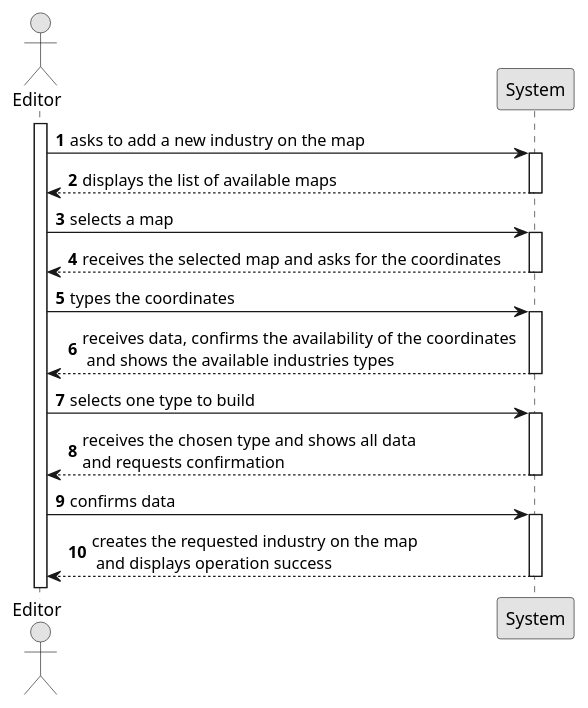
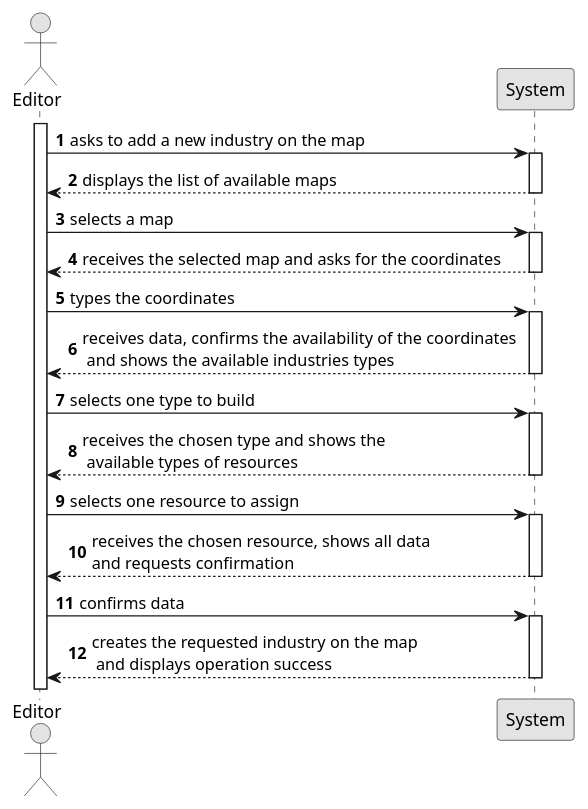
One commit to 1240935/pi2-railway-simulator changed the diagram in Sprint2/US002/01.requirements-engineering/puml/US002-SSD.puml. Above: the diagram before and after it, drawn with PlantUML. The commit also changed 4 other files, not shown here.

```diff
--- a/Sprint2/US002/01.requirements-engineering/puml/US002-SSD.puml
+++ b/Sprint2/US002/01.requirements-engineering/puml/US002-SSD.puml
@@ -1,42 +1,48 @@
 @startuml
 skinparam monochrome true
 skinparam packageStyle rectangle
 skinparam shadowing false
 
 autonumber
 
 actor "Editor" as Employee
 participant "System" as System
 
 activate Employee
 
     Employee -> System : asks to add a new industry on the map
     activate System
 
         System --> Employee : displays the list of available maps
     deactivate System
 
     Employee -> System : selects a map
     activate System
 
         System --> Employee : receives the selected map and asks for the coordinates
     deactivate System
 
     Employee -> System : types the coordinates
     activate System
 
         System --> Employee : receives data, confirms the availability of the coordinates \n and shows the available industries types
     deactivate System
 
     Employee -> System :selects one type to build
     activate System
 
-        System --> Employee : receives the chosen type and shows all data \nand requests confirmation
+        System --> Employee : receives the chosen type and shows the \n available types of resources
+    deactivate System
+
+    Employee  -> System : selects one resource to assign
+    activate System
+
+    System --> Employee : receives the chosen resource, shows all data \nand requests confirmation
     deactivate System
 
     Employee -> System : confirms data
     activate System
 
         System --> Employee : creates the requested industry on the map \n and displays operation success
     deactivate System
 @enduml
```
